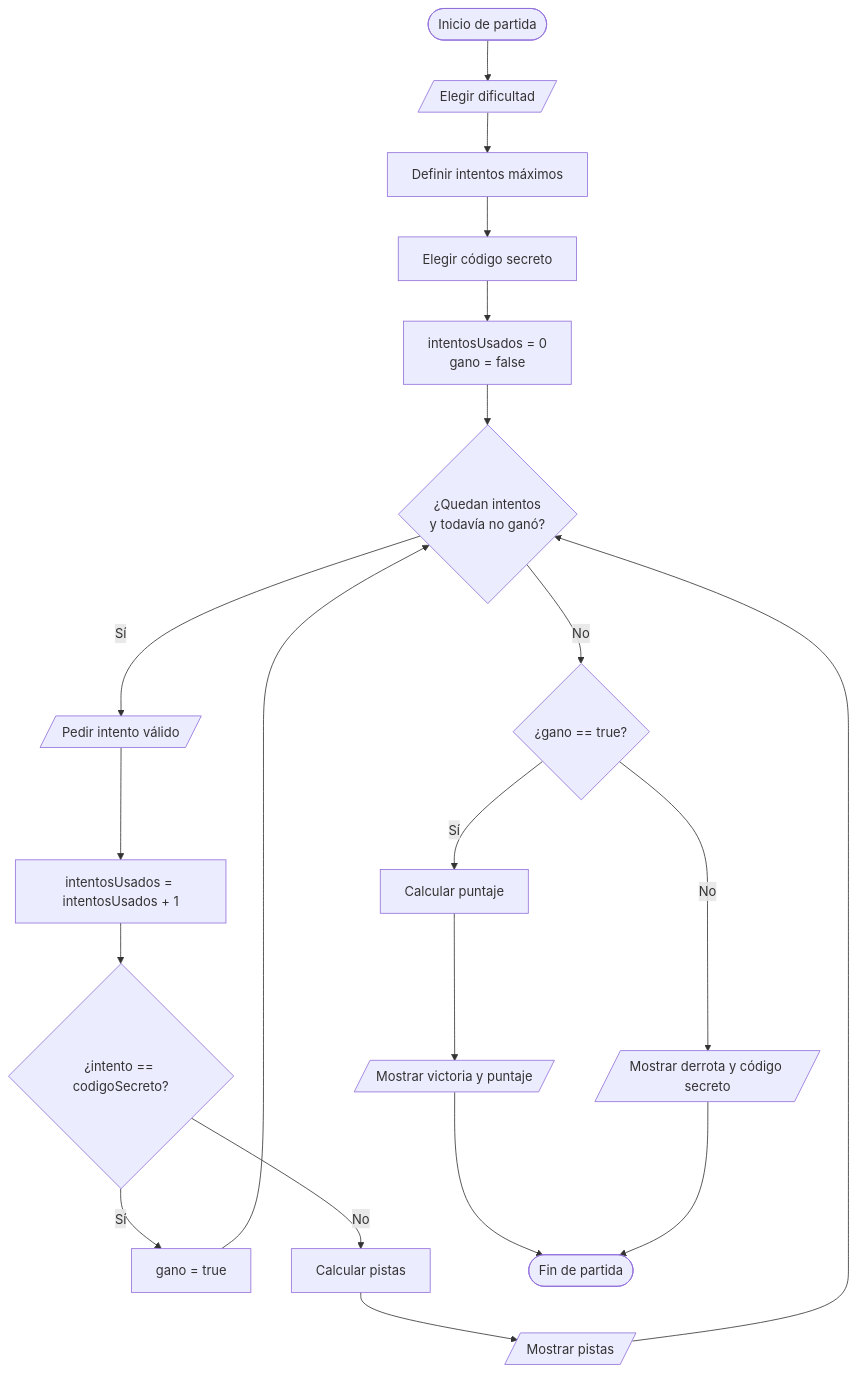
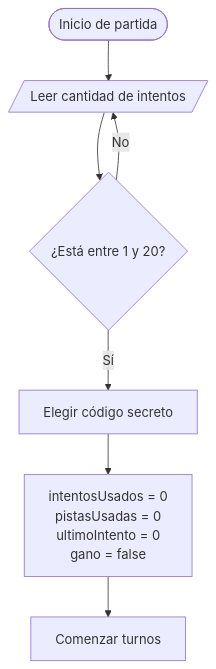
Before and after one commit to cesarszv/sis111-finalproject: the second of 6 diagrams in docs/pitch/06_diagramas_flujo.md, drawn with Mermaid. The commit also changed other lines of this file and 18 other files, not shown here.

````diff
--- a/docs/pitch/06_diagramas_flujo.md
+++ b/docs/pitch/06_diagramas_flujo.md
@@ -33,22 +25,9 @@
 ```mermaid
 flowchart TD
-    A([Inicio de partida]) --> B[/Elegir dificultad/]
-    B --> C[Definir intentos máximos]
-    C --> D[Elegir código secreto]
-    D --> E[intentosUsados = 0<br/>gano = false]
-    E --> F{¿Quedan intentos<br/>y todavía no ganó?}
-    F -- Sí --> G[/Pedir intento válido/]
-    G --> H[intentosUsados = intentosUsados + 1]
-    H --> I{¿intento == codigoSecreto?}
-    I -- Sí --> J[gano = true]
-    J --> F
-    I -- No --> K[Calcular pistas]
-    K --> L[/Mostrar pistas/]
-    L --> F
-    F -- No --> M{¿gano == true?}
-    M -- Sí --> N[Calcular puntaje]
-    N --> O[/Mostrar victoria y puntaje/]
-    M -- No --> P[/Mostrar derrota y código secreto/]
-    O --> Q([Fin de partida])
-    P --> Q
+    A([Inicio de partida]) --> B[/Leer cantidad de intentos/]
+    B --> C{¿Está entre 1 y 20?}
+    C -- No --> B
+    C -- Sí --> D[Elegir código secreto]
+    D --> E[intentosUsados = 0<br/>pistasUsadas = 0<br/>ultimoIntento = 0<br/>gano = false]
+    E --> F[Comenzar turnos]
 ```
````
